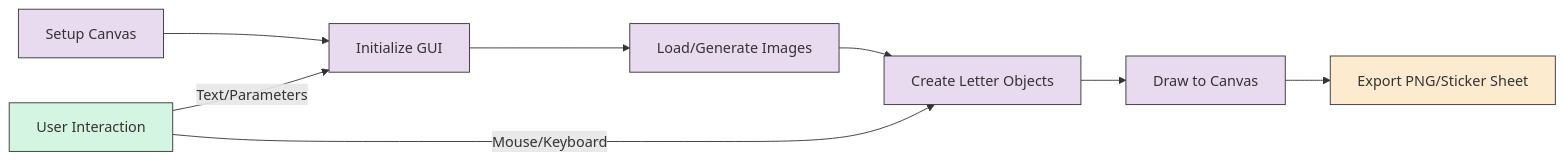
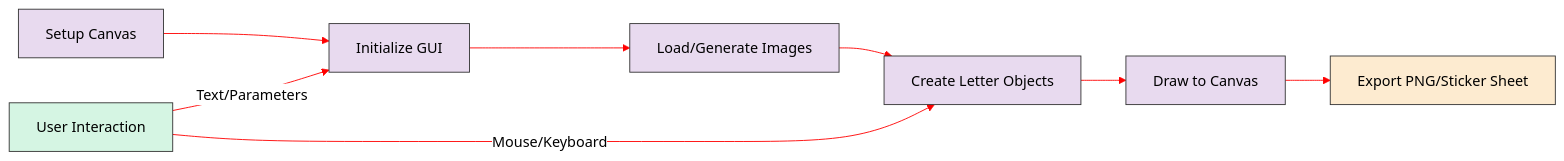
Before and after one commit to anyaepie/typo-cut: the first of 2 diagrams in README.md, drawn with Mermaid. The commit also changed other lines of this file, not shown here.

````diff
--- a/README.md
+++ b/README.md
@@ -50,15 +50,16 @@
 ```mermaid
+%%{init: {'theme': 'base', 'themeVariables': { 'primaryColor': '#ffffff', 'primaryTextColor': '#000000', 'primaryBorderColor': '#000000', 'lineColor': '#ff0000', 'secondaryColor': '#ffffff', 'tertiaryColor': '#ffffff' }}}%%
 graph LR
     Setup[Setup Canvas] --> GUI[Initialize GUI] --> Images[Load/Generate Images] --> Letters[Create Letter Objects] --> Draw[Draw to Canvas]
     User[User Interaction] --> |Text/Parameters| GUI
     User --> |Mouse/Keyboard| Letters
     Draw --> Export[Export PNG/Sticker Sheet]
     
     classDef flow fill:#e8daef,stroke:#333,stroke-width:1px;
     classDef user fill:#d5f5e3,stroke:#333,stroke-width:1px;
     classDef output fill:#fdebd0,stroke:#333,stroke-width:1px;
     
     class Setup,GUI,Images,Letters,Draw flow;
     class User user;
     class Export output;
 ```
````
